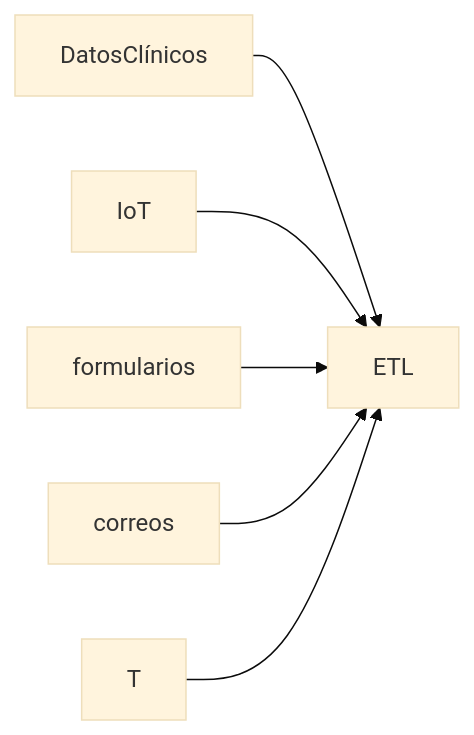
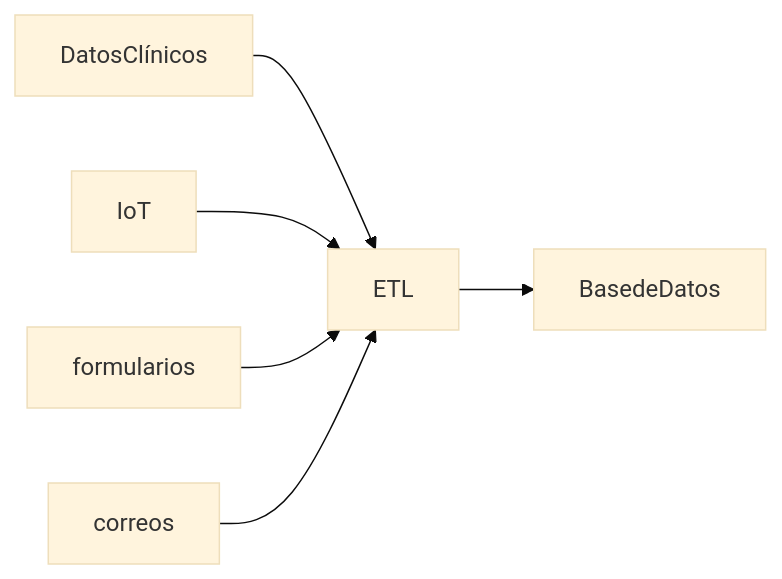
One commit to git-jrm/ing-datos-M5 changed the first of 5 diagrams in README.md. Above: the diagram before and after it, drawn with Mermaid (base theme).

````diff
--- a/README.md
+++ b/README.md
@@ -41,8 +41,8 @@
 ```mermaid
 graph LR;
   DatosClínicos-->ETL;
   IoT-->ETL;
   formularios-->ETL;
   correos-->ETL;
-  T-->ETL;
+  ETL-->BasedeDatos;
 ```
````
